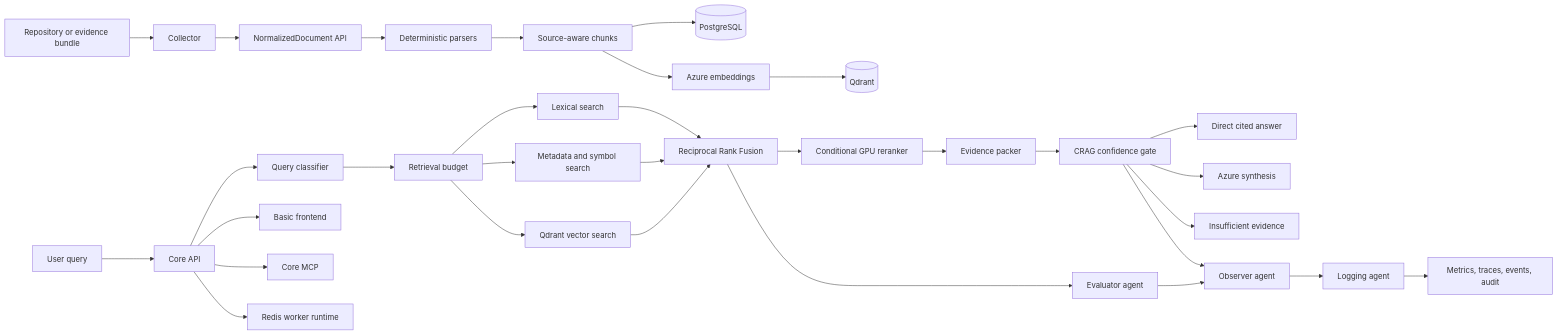
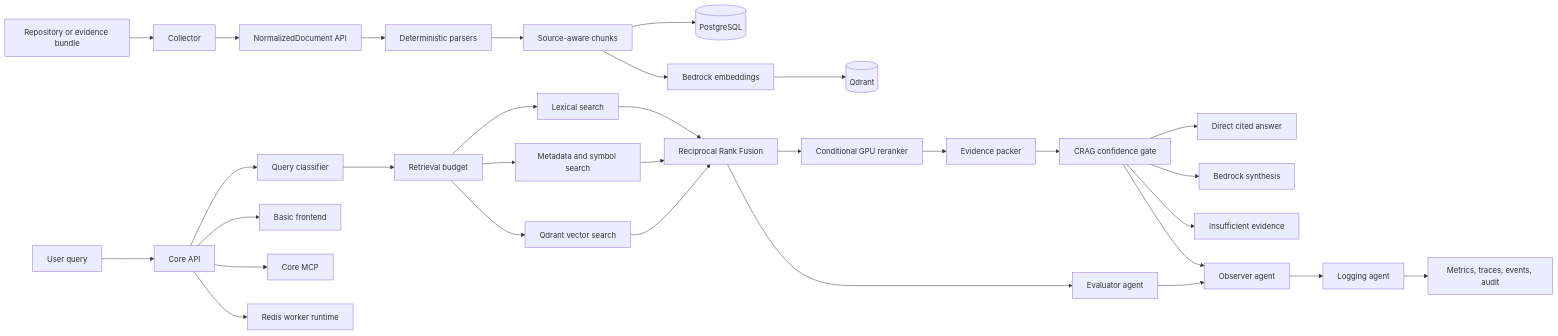
The diagram in plan.md (Auro-rium/Ops-Incident-Core), drawn with Mermaid before and after one commit. The commit also changed other lines of this file and 50 other files, not shown here.

````diff
--- a/plan.md
+++ b/plan.md
@@ -62,36 +64,36 @@
 ```mermaid
 flowchart LR
     SRC[Repository or evidence bundle] --> COL[Collector]
     COL --> DOC[NormalizedDocument API]
     DOC --> PARSE[Deterministic parsers]
     PARSE --> CHUNK[Source-aware chunks]
     CHUNK --> PG[(PostgreSQL)]
-    CHUNK --> EMB[Azure embeddings]
+    CHUNK --> EMB[Bedrock embeddings]
     EMB --> QD[(Qdrant)]
 
     USER[User query] --> API[Core API]
     API --> CLASS[Query classifier]
     CLASS --> BUDGET[Retrieval budget]
     BUDGET --> LEX[Lexical search]
     BUDGET --> META[Metadata and symbol search]
     BUDGET --> VEC[Qdrant vector search]
     LEX --> RRF[Reciprocal Rank Fusion]
     META --> RRF
     VEC --> RRF
     RRF --> RR[Conditional GPU reranker]
     RR --> PACK[Evidence packer]
     PACK --> CRAG[CRAG confidence gate]
     CRAG --> DIRECT[Direct cited answer]
-    CRAG --> SYNTH[Azure synthesis]
+    CRAG --> SYNTH[Bedrock synthesis]
     CRAG --> REFUSE[Insufficient evidence]
 
     RRF --> EVAL[Evaluator agent]
     CRAG --> OBS[Observer agent]
     EVAL --> OBS
     OBS --> LOG[Logging agent]
     LOG --> TEL[Metrics, traces, events, audit]
 
     API --> UI[Basic frontend]
     API --> MCP[Core MCP]
     API --> WORKER[Redis worker runtime]
 ```
````
